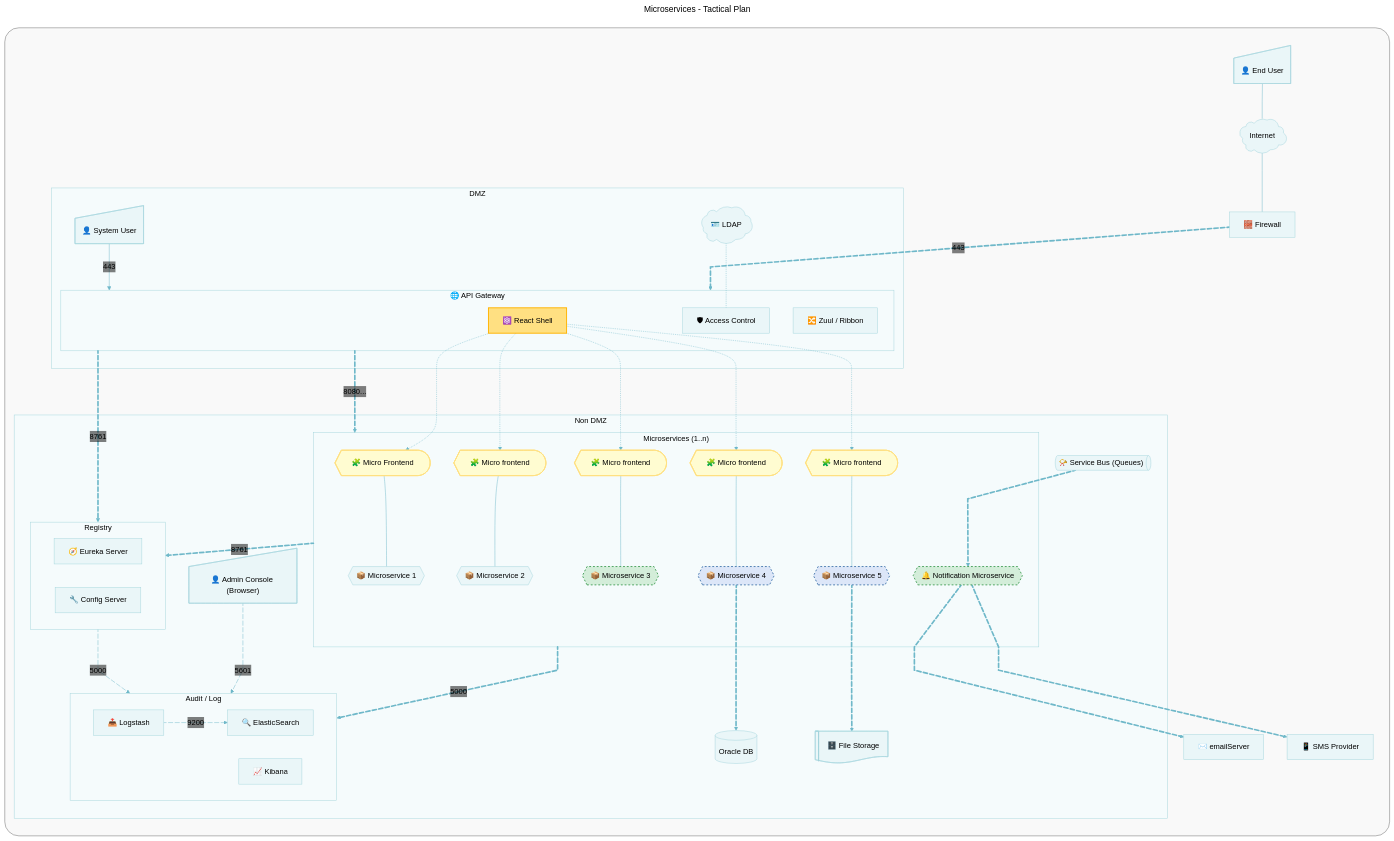
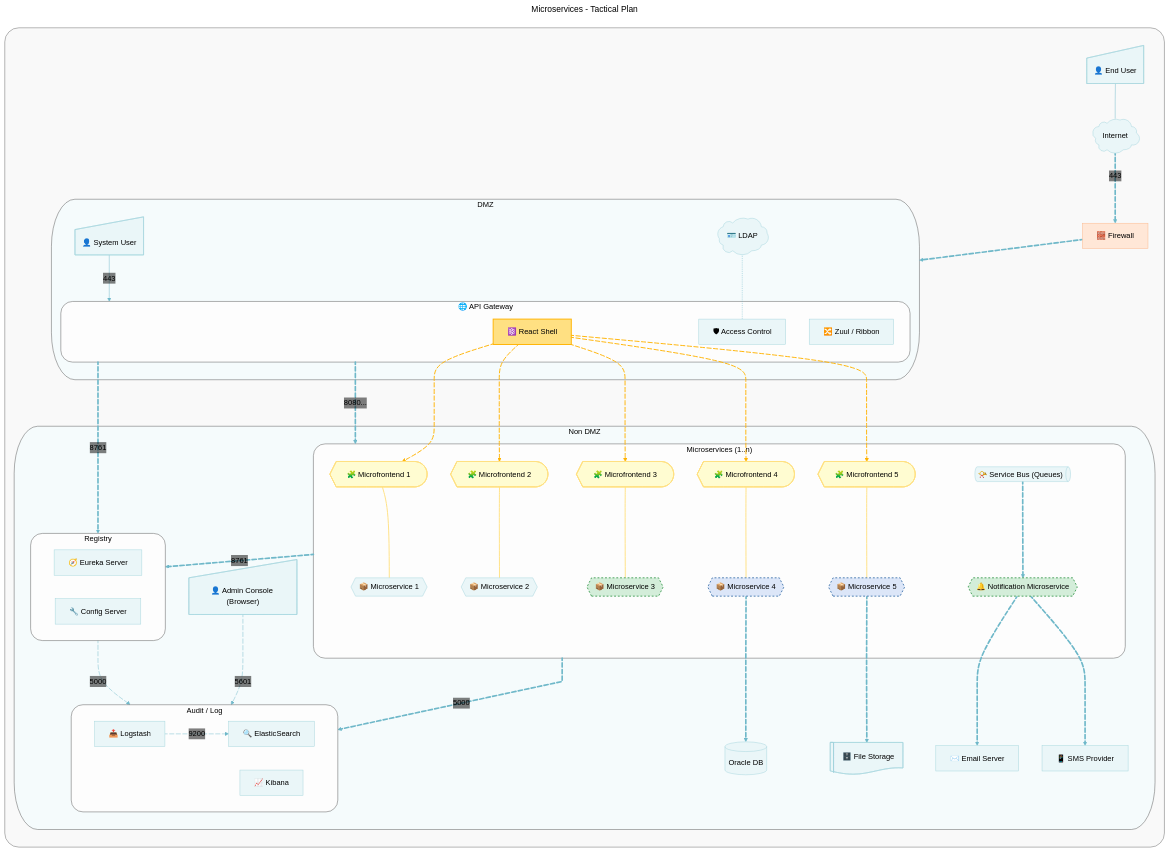
The diagram in mermaid/ddd-templates/microservices.tpl.mmd (govindthange/playbooks), drawn with Mermaid before and after one commit.

Commit message:
Update mermaid microservice template colors

```diff
--- a/mermaid/ddd-templates/microservices.tpl.mmd
+++ b/mermaid/ddd-templates/microservices.tpl.mmd
@@ -1,174 +1,196 @@
 ---
-
 title: "Microservices - Tactical Plan"
-
+config:
+  flowchart:
+    curve:basis
+  theme: base
+  themeVariables:
+    primaryColor: '#eaf6f8'
+    primaryTextColor: '#000000'
+    primaryBorderColor: '#a3d5dc'
+    lineColor: '#6fb8c9'
+    edgeLabelBackground: 'transparent'
+    fontFamily: 'arial'
+    mainBkg: '#eaf6f8'
+    secondBkg: '#d6ecf3'
+    tertiaryColor: '#f0f9fb'
+    clusterBkg: '#f5fbfc'
+    clusterBorder: '#a3d5dc'
+    background: '#ffffff'
+    secondaryColor: '#d6ecf3'
+    tertiaryTextColor: '#000000'
+    secondaryTextColor: '#000000'
+    textColor: '#000000'
+    nodeTextColor: '#000000'
+  themeCSS: '.edgeLabel, .edgeLabels, .edgeLabel *, .edgeLabels *, .edgeLabel .label, .edgeLabels .label, .edgeLabel p, .edgeLabels p, .edgeLabel div, .edgeLabels div, .edgeLabel foreignObject, .edgeLabels foreignObject, .edgeLabel rect, .edgeLabels rect, .edgeLabel span, .edgeLabels span, .label rect, tspan { background-color: transparent !important; background: transparent !important; fill: transparent !important; stroke: none !important; } .edgeLabel .label text, .edgeLabel text, .edgeLabels text, .edgeLabel p, .edgeLabels p, .edgeLabel span, .edgeLabels span { color: #4d4d4d !important; fill: #4d4d4d !important; }'
 ---
-
-%%{init: {
-  'theme': 'base',
-  'themeVariables': {
-    'primaryColor': '#eaf6f8',
-    'primaryTextColor': '#000000',
-    'primaryBorderColor': '#a3d5dc',
-    'lineColor': '#6fb8c9',
-    'edgeLabelBackground': 'transparent',
-    'fontFamily': 'arial',
-    'mainBkg': '#eaf6f8',
-    'secondBkg': '#d6ecf3',
-    'tertiaryColor': '#f0f9fb',
-    'clusterBkg': '#f5fbfc',
-    'clusterBorder': '#a3d5dc',
-    'background': '#ffffff',
-    'secondaryColor': '#d6ecf3',
-    'tertiaryTextColor': '#000000',
-    'secondaryTextColor': '#000000',
-    'textColor': '#000000',
-    'nodeTextColor': '#000000'
-  },
-  'themeCSS': '.edgeLabel, .edgeLabels, .edgeLabel *, .edgeLabels *, .edgeLabel .label, .edgeLabels .label, .edgeLabel p, .edgeLabels p, .edgeLabel div, .edgeLabels div, .edgeLabel foreignObject, .edgeLabels foreignObject, .edgeLabel rect, .edgeLabels rect, .edgeLabel span, .edgeLabels span, .label rect, tspan { background-color: transparent !important; background: transparent !important; fill: transparent !important; stroke: none !important; } .edgeLabel .label text, .edgeLabel text, .edgeLabels text, .edgeLabel p, .edgeLabels p, .edgeLabel span, .edgeLabels span { color: #4d4d4d !important; fill: #4d4d4d !important; }'
-}}%%
 
 flowchart
   subgraph subMainContainer[" "]
     direction TD
     endUser@{ shape: sl-rect, label: "👤 End User" }
     internet@{ shape: cloud, label: "Internet" }
     firewall@{ shape: rect, label: "🧱 Firewall" }
-    
-    smsProvider@{ shape: rect, label: "📱 SMS Provider" }
-    emailServer@{ shape: rect, label: "✉️ emailServer" }
 
     subgraph subDmz [DMZ]
         systemUser@{ shape: sl-rect, label: "👤 System User" }
         ldap@{ shape: cloud, label: "🪪 LDAP" }
         
         subgraph subApiGateway [🌐 API Gateway]
             srvReactShell@{ shape: rect, label: "⚛️ React Shell" }
             srvZuul@{ shape: rect, label: "🔀 Zuul / Ribbon" }
             srvAccessControl@{ shape: rect, label: "🛡 Access Control" }
         end
     end
 
     subgraph subNonDmz [Non DMZ]
         subgraph subRegistry [Registry]
             direction LR
             srvEureka@{ shape: rect, label: "🧭 Eureka Server" }
             srvConfig@{ shape: rect, label: "🔧 Config Server" }
         end
 
         subgraph subMicroservices ["Microservices (1..n)"]
-            srvService1Fe@{ shape: curv-trap, label: "🧩 Micro Frontend" }
+            mfeService1@{ shape: curv-trap, label: "🧩 Microfrontend 1" }
             srvService1@{ shape: hex, label: "📦 Microservice 1" }
-            srvService1Fe --- srvService1
+            mfeService1 --- srvService1
             
-            srvService2Fe@{ shape: curv-trap, label: "🧩 Micro frontend" }
+            mfeService2@{ shape: curv-trap, label: "🧩 Microfrontend 2" }
             srvService2@{ shape: hex, label: "📦 Microservice 2" }
-            srvService2Fe --- srvService2
+            mfeService2 --- srvService2
             
-            srvService4Fe@{ shape: curv-trap, label: "🧩 Micro frontend" }
+            mfeService4@{ shape: curv-trap, label: "🧩 Microfrontend 4" }
             srvService4@{ shape: hex, label: "📦 Microservice 4" }
-            srvService4Fe --- srvService4
+            mfeService4 --- srvService4
             
-            srvService3Fe@{ shape: curv-trap, label: "🧩 Micro frontend" }
+            mfeService3@{ shape: curv-trap, label: "🧩 Microfrontend 3" }
             srvService3@{ shape: hex, label: "📦 Microservice 3" }
-            srvService3Fe --- srvService3
+            mfeService3 --- srvService3
             
-            srvService5Fe@{ shape: curv-trap, label: "🧩 Micro frontend" }
+            mfeService5@{ shape: curv-trap, label: "🧩 Microfrontend 5" }
             srvService5@{ shape: hex, label: "📦 Microservice 5" }
-            srvService5Fe --- srvService5            
+            mfeService5 --- srvService5
             
             srvNotification@{ shape: hex, label: "🔔 Notification Microservice" }
+            serviceBus@{ shape: h-cyl, label: "📯 Service Bus (Queues)" }
         end
         
         dbOracle@{ shape: cyl, label: "Oracle DB" }
-        stFile@{ shape: lin-doc, label: "🗄️ File Storage" }
-        serviceBus@{ shape: h-cyl, label: "📯 Service Bus (Queues)" }
+        fileStorage@{ shape: lin-doc, label: "🗄️ File Storage" }
+    
+        smsProvider@{ shape: rect, label: "📱 SMS Provider" }
+        emailServer@{ shape: rect, label: "✉️ Email Server" }
 
         subgraph subAudit [Audit / Log]
             logElastic@{ shape: rect, label: "🔍 ElasticSearch" }
             logLogstash@{ shape: rect, label: "📥 Logstash" }
             logKibana@{ shape: rect, label: "📈 Kibana" }
         end
 
         usrAdmin@{ shape: sl-rect, label: "👤 Admin Console (Browser)" }
     end
 
     %% Keep firewall over subApiGateway
     %% firewall ~~~ subDmz
 
-    srvReactShell -.-> srvService1Fe
-    srvReactShell -.-> srvService2Fe
-    srvReactShell -.-> srvService4Fe
-    srvReactShell -.-> srvService3Fe
-    srvReactShell -.-> srvService5Fe
+    %% Individual animated and styled React Shell connections
+    srvReactShell edgeUi1@-.-> mfeService1
+    edgeUi1@{ curve: basis, animate: true, animation: fast }
+
+    srvReactShell edgeUi2@-.-> mfeService2
+    edgeUi2@{ curve: basis, animate: true, animation: fast }
+
+    srvReactShell edgeUi3@-.-> mfeService4
+    edgeUi3@{ curve: basis, animate: true, animation: fast }
+
+    srvReactShell edgeUi4@-.-> mfeService3
+    edgeUi4@{ curve: basis, animate: true, animation: fast }
+
+    srvReactShell edgeUi5@-.-> mfeService5
+    edgeUi5@{ curve: basis, animate: true, animation: fast }
+    
+    %% Apply stroke color and width to all 5 branch indices (0 through 4)
+    linkStyle 0,1,2,3,4 stroke:#ffb300, stroke-width:2px;
+    
+    %% Style this specific link index with your custom color
+    linkStyle 5,6,7,8,9 stroke:#ffb300, stroke-width:2px;
+    linkStyle 0,1,2,3,4 stroke:#ffe082, stroke-width:2px;
 
     endUser edgeWeb@--- internet
     edgeWeb@{ curve: linear }
 
-    internet edgeFirewall@--- firewall
-    edgeFirewall@{ curve: linear }
+    internet edgeFirewall@==> |443| firewall
+    edgeFirewall@{ curve: linear, animate: true, animation: slow }
 
-    firewall edgeGateway@==>|443| subApiGateway
+    firewall edgeGateway@==> subDmz
     edgeGateway@{ curve: linear, animate: true, animation: slow }
 
     ldap edgeLdap@-.- srvAccessControl
     edgeLdap@{ curve: linear }
 
     systemUser edgeSidbi@-->|443| subApiGateway
     edgeSidbi@{ curve: linear }
     
     subApiGateway edgeMicro@==>|8080...| subMicroservices
-    edgeMicro@{ curve: linear, animate: true, animation: slow }
+    edgeMicro@{ curve: linear, animate: true, animation: fast }
 
     subApiGateway edgeRegistry@==>|8761| subRegistry
-    edgeRegistry@{ curve: linear, animate: true, animation: slow }
+    edgeRegistry@{ curve: linear, animate: true, animation: fast }
 
     srvService4 edgeDb1@==> dbOracle
     edgeDb1@{ curve: linear, animate: true, animation: fast }
 
-    srvService5 edgeDb2@==> stFile
+    srvService5 edgeDb2@==> fileStorage
     edgeDb2@{ curve: linear, animate: true, animation: fast }
 
     subMicroservices edgeAudit@==>|5000| subAudit
     edgeAudit@{ curve: linear, animate: true, animation: fast }
 
     logLogstash edgeLog@--> |9200| logElastic
     edgeLog@{ curve: linear, animate: true, animation: fast }
 
     usrAdmin edgeAdmin@-.->|5601| subAudit
-    edgeAdmin@{ curve: linear, animate: true, animation: fast }
+    edgeAdmin@{ curve: basis, animate: true, animation: fast }
 
     subRegistry edgeConfig@-.->|5000| subAudit
-    edgeConfig@{ curve: linear, animate: true, animation: fast }
+    edgeConfig@{ curve: basis, animate: true, animation: fast }
 
     subMicroservices edgeEureka@==>|8761| subRegistry
     edgeEureka@{ curve: linear, animate: true, animation: fast }
 
     %% Notification / External Integrations matching reference layout
     %% subMicroservices edgeNotification@==> serviceBus
     %% edgeNotification@{ curve: linear, animate: true, animation: fast }
 
+    %% serviceBus edgeServiceBusAll@<-.- srvService1 & srvService2 & srvService3 & srvService4 & srvService5
+    %% edgeServiceBusAll@{ curve: linear, stroke: "#ffb300" }
+
     serviceBus edgeServiceBus@==> srvNotification
     edgeServiceBus@{ curve: linear, animate: true, animation: fast }
 
     srvNotification edgeEmailNotify@==> emailServer
-    edgeEmailNotify@{ curve: linear, animate: true, animation: fast }
+    edgeEmailNotify@{ curve: basis, animate: true, animation: fast }
 
     srvNotification edgeSmsNotify@==> smsProvider
-    edgeSmsNotify@{ curve: linear, animate: true, animation: fast }
+    edgeSmsNotify@{ curve: basis, animate: true, animation: fast }
   end
 
 %% Node Styling (Blue dashed ellipses for Top/Bottom, Green dashed for Middle)
+classDef subContainerClass stroke:#555,rx:50,ry:100;
+classDef subInnerContainerClass fill:#fdfdfd,stroke:#555,rx:25,ry:25;
 classDef coreDomainContextClass fill:#dce6f8,stroke:#4a7bb0,stroke-dasharray: 4 4,stroke-width:2px;
 classDef supportingDomainContextClass fill:#d3edd9,stroke:#48a05b,stroke-dasharray: 4 4,stroke-width:2px;
 classDef uiClass fill:#FFFCD1,stroke:#ffe082,stroke-width:2px,color:#000000;
+classDef edgeAnimationClass stroke:#ffb300,stroke-width:2px,stroke-dasharray:9\,5,stroke-dashoffset:900,animation:dash 25s linear infinite;
 
+class subDmz,subNonDmz subContainerClass;
+class subApiGateway,subMicroservices,subRegistry,subAudit subInnerContainerClass;
 class srvService4,srvService5 coreDomainContextClass;
 class srvNotification,srvService3 supportingDomainContextClass;    
-class srvService1Fe,srvService1Fe,srvService2Fe,srvService3Fe,srvService4Fe,srvService5Fe uiClass;
+class mfeService1,mfeService1,mfeService2,mfeService3,mfeService4,mfeService5 uiClass;
+class edgeMfe3 edgeAnimationClass;
 
 %% Adhoc styling
+style subMainContainer fill:#f9f9f9,stroke:#666666,stroke-width:1px,rx:30px,ry:30px;
 style srvReactShell fill:#ffe082,stroke:#ffb300,stroke-width:2px;
-
-%% Subgraph Box Styling
-style subMainContainer fill:#f9f9f9,stroke:#666666,stroke-width:1px,rx:30px,ry:30px;
+style firewall fill:#ffe7d7,stroke:#fab88c;
```
